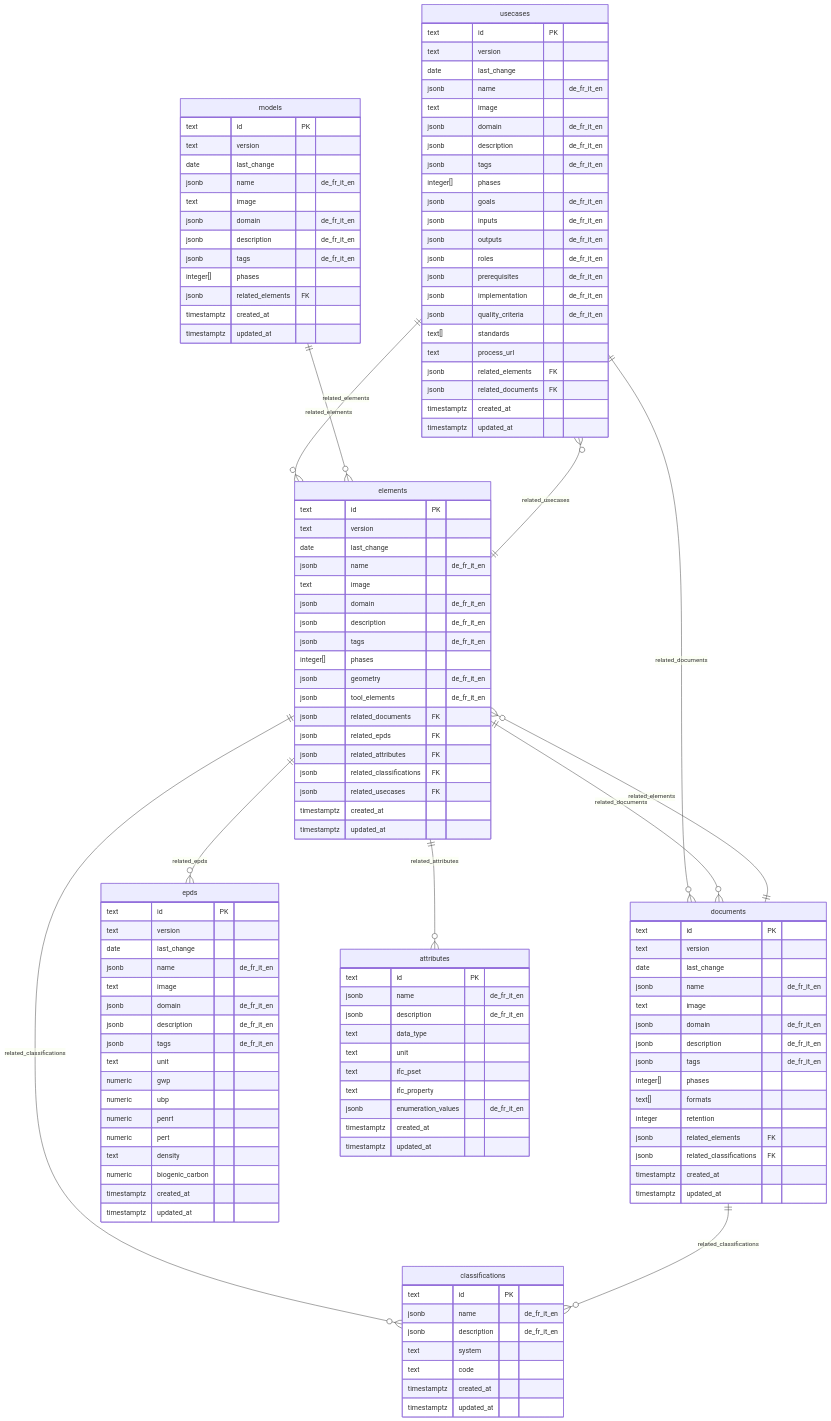
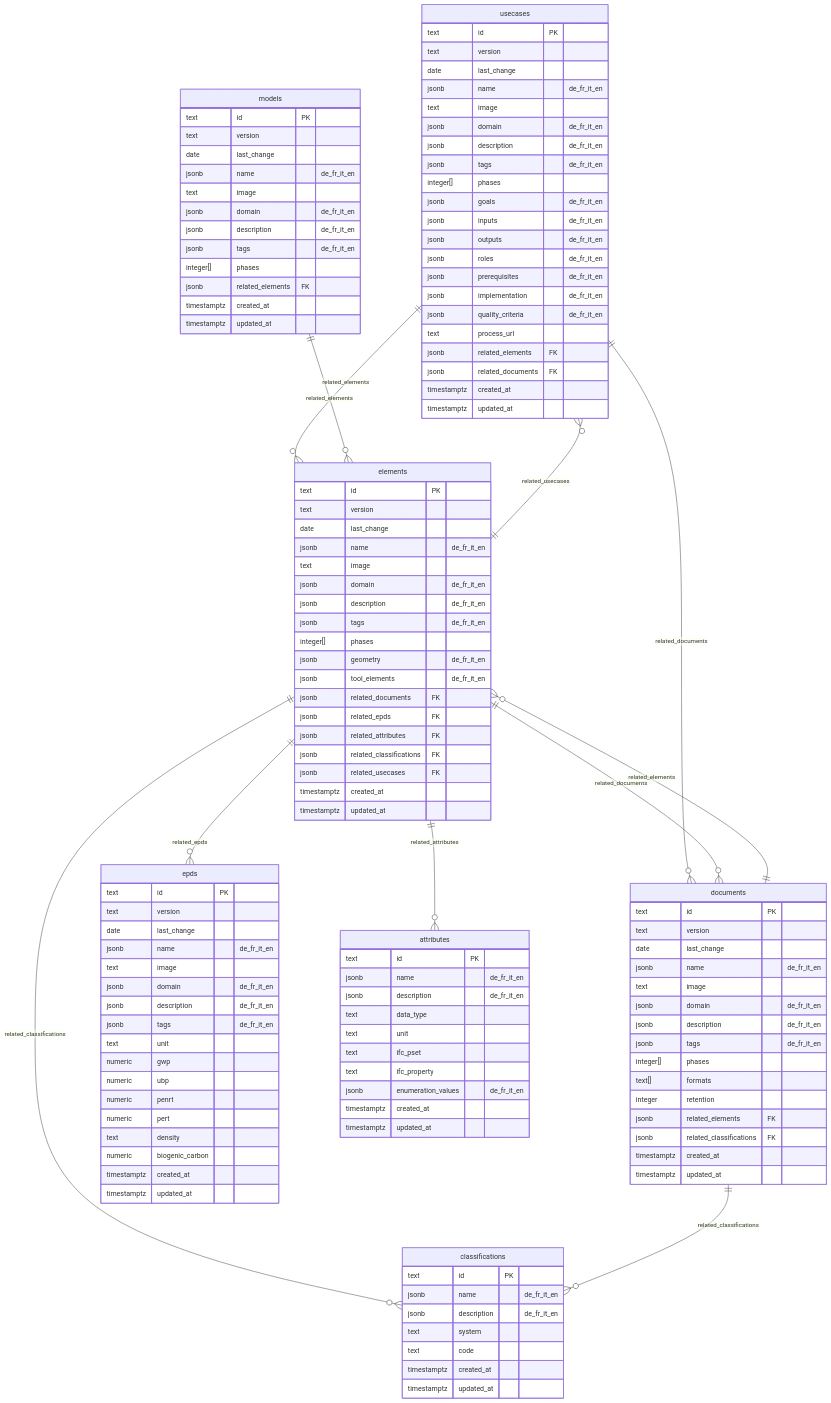
Before and after one commit to bbl-dres/kbob-fdk: the diagram in documentation/DATAMODEL.md, drawn with Mermaid. The commit also changed other lines of this file, not shown here.

First line of the commit message:
Schema v2.1.8: remove standards, update entity text

```diff
--- a/documentation/DATAMODEL.md
+++ b/documentation/DATAMODEL.md
@@ -121,7 +121,6 @@
         jsonb prerequisites "de_fr_it_en"
         jsonb implementation "de_fr_it_en"
         jsonb quality_criteria "de_fr_it_en"
-        text[] standards
         text process_url
         jsonb related_elements FK
         jsonb related_documents FK
```
